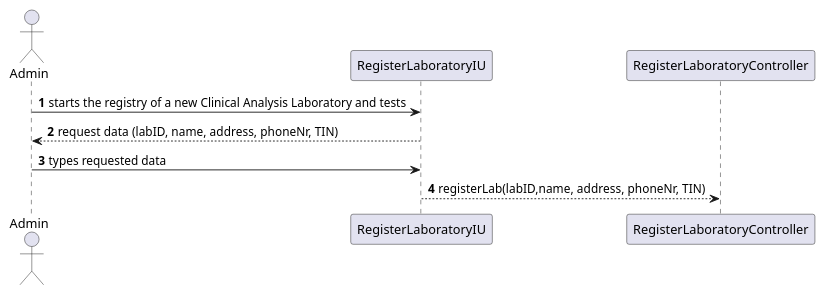
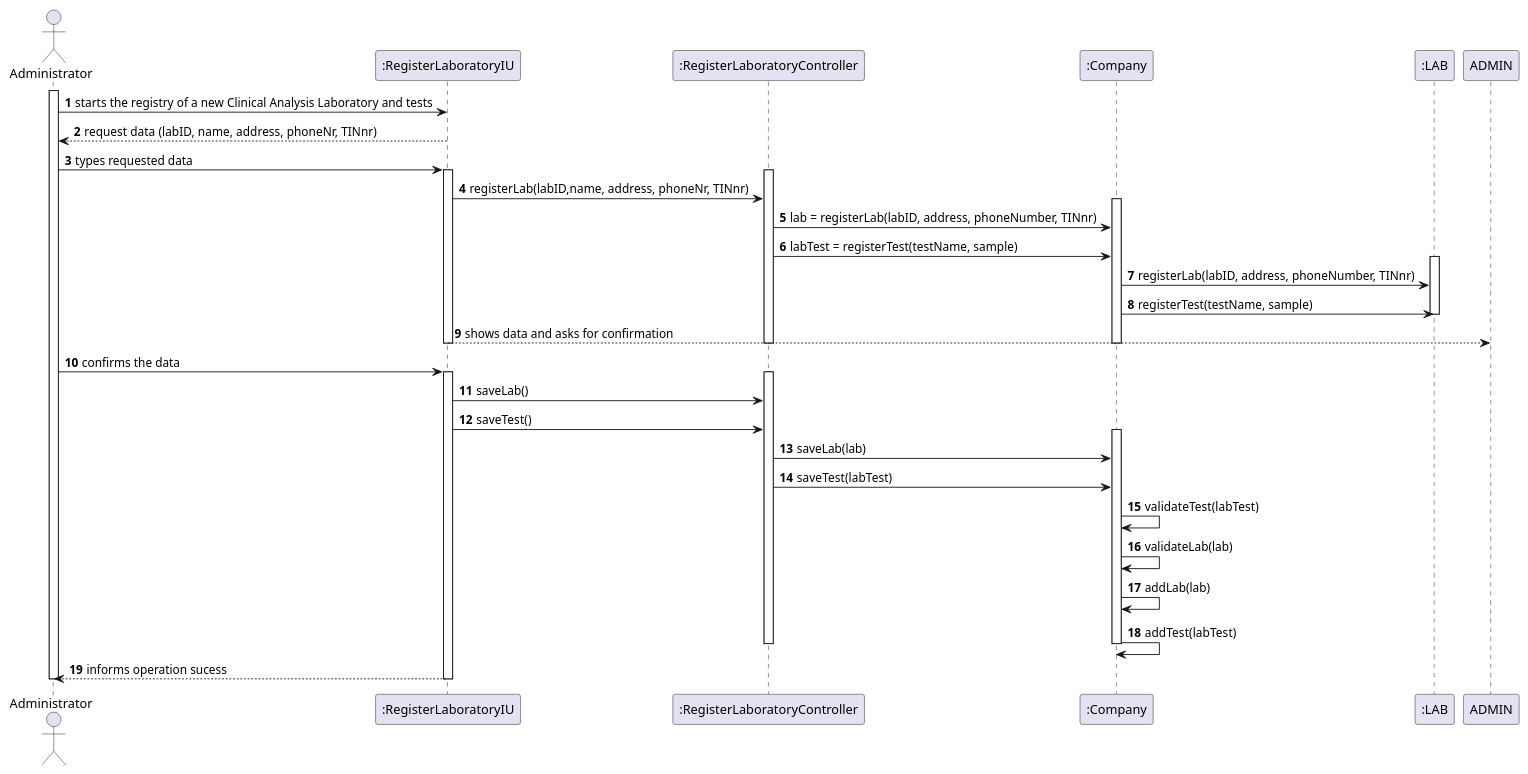
Before and after one commit to jsmarques98/LAPR2-ISEP: the diagram in docs/SprintB/US8/US8_SD.puml, drawn with PlantUML. The commit also changed 66 other files, not shown here.

```diff
--- a/docs/SprintB/US8/US8_SD.puml
+++ b/docs/SprintB/US8/US8_SD.puml
@@ -1,15 +1,70 @@
 @startuml
-'https://plantuml.com/sequence-diagram
-
 autonumber
 
-actor "Admin"
+actor "Administrator" as Admin
 
-Admin -> RegisterLaboratoryIU: starts the registry of a new Clinical Analysis Laboratory and tests
-RegisterLaboratoryIU --> Admin: request data (labID, name, address, phoneNr, TIN)
+participant ":RegisterLaboratoryIU" as IU
+participant ":RegisterLaboratoryController" as RLC
+participant ":Company" as COM
+participant ":LAB" as LAB
 
-Admin -> RegisterLaboratoryIU: types requested data
-RegisterLaboratoryIU --> RegisterLaboratoryController: registerLab(labID,name, address, phoneNr, TIN)
+activate Admin
 
+Admin -> IU : starts the registry of a new Clinical Analysis Laboratory and tests
+IU --> Admin : request data (labID, name, address, phoneNr, TINnr)
+
+Admin -> IU : types requested data
+
+activate IU
+activate RLC
+
+IU -> RLC : registerLab(labID,name, address, phoneNr, TINnr)
+
+activate COM
+
+RLC -> COM : lab = registerLab(labID, address, phoneNumber, TINnr)
+RLC -> COM : labTest = registerTest(testName, sample)
+
+activate LAB
+
+COM -> LAB : registerLab(labID, address, phoneNumber, TINnr)
+COM -> LAB : registerTest(testName, sample)
+
+deactivate LAB
+
+IU --> ADMIN : shows data and asks for confirmation
+
+deactivate IU
+deactivate RLC
+deactivate COM
+
+Admin -> IU : confirms the data
+
+activate IU
+activate RLC
+
+IU -> RLC : saveLab()
+IU -> RLC : saveTest()
+
+activate COM
+
+RLC -> COM : saveLab(lab)
+RLC -> COM : saveTest(labTest)
+
+COM -> COM : validateTest(labTest)
+
+COM -> COM : validateLab(lab)
+
+COM -> COM : addLab(lab)
+
+COM -> COM : addTest(labTest)
+
+deactivate COM
+deactivate RLC
+
+IU --> Admin : informs operation sucess
+
+deactivate IU
+deactivate Admin
 
 @enduml
```
